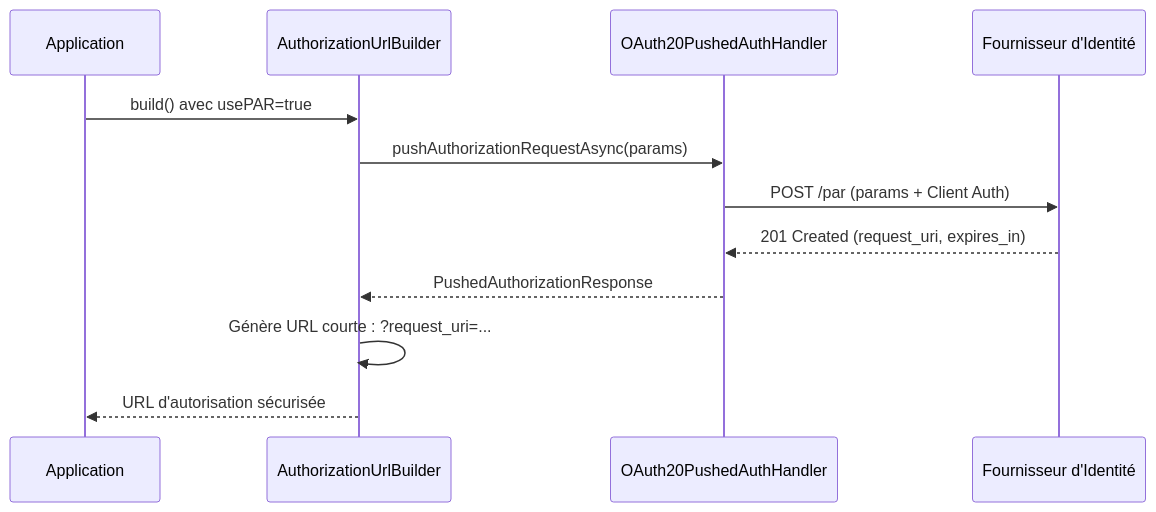
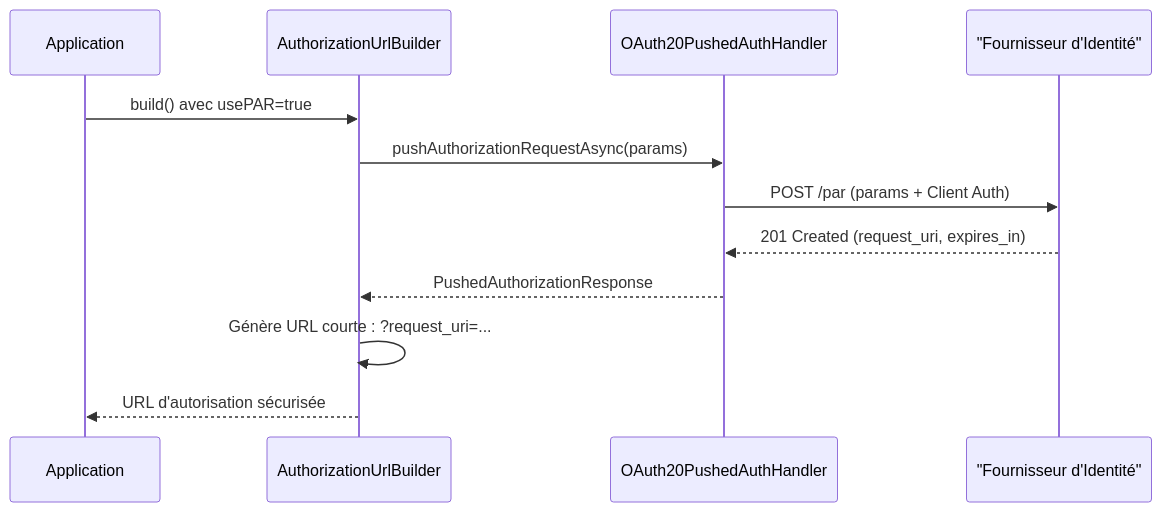
One commit to Q300Z/scribejava changed diagram 12 of 21 in docs/explanations/oauth2-flows.md. Above: the diagram before and after it, drawn with Mermaid. The commit also changed other lines of this file, not shown here.

Commit message:
docs(oidc): fix mermaid syntax and align architectural flows with codebase

````diff
--- a/docs/explanations/oauth2-flows.md
+++ b/docs/explanations/oauth2-flows.md
@@ -415,17 +411,17 @@
 ```mermaid
 
 sequenceDiagram
     participant App as Application
     participant Builder as AuthorizationUrlBuilder
     participant Handler as OAuth20PushedAuthHandler
-    participant IdP as Fournisseur d'Identité
+    participant IdP as "Fournisseur d'Identité"
 
     App->>Builder: build() avec usePAR=true
     Builder->>Handler: pushAuthorizationRequestAsync(params)
     Handler->>IdP: POST /par (params + Client Auth)
     IdP-->>Handler: 201 Created (request_uri, expires_in)
     Handler-->>Builder: PushedAuthorizationResponse
     Builder->>Builder: Génère URL courte : ?request_uri=...
     Builder-->>App: URL d'autorisation sécurisée
 
 ```
````
